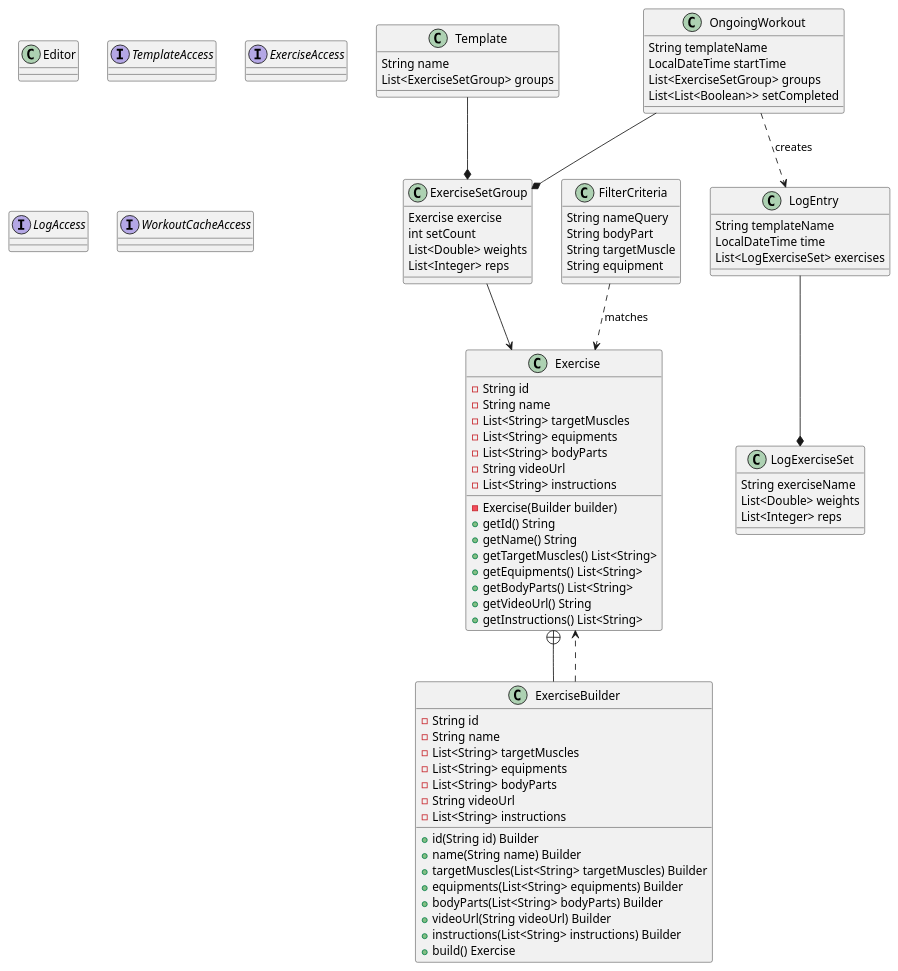
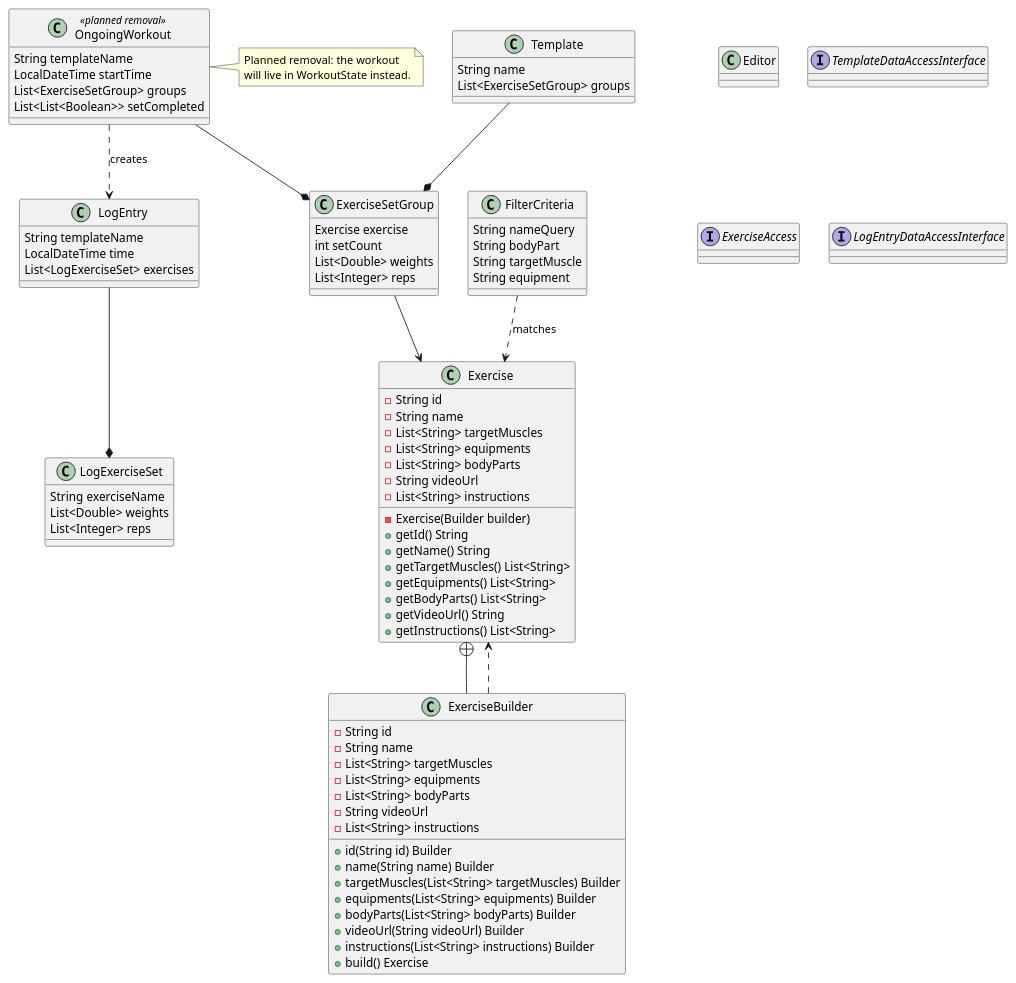
Before and after one commit to BeautifulSkyTian/CSC207-Team: the diagram in README.md, drawn with PlantUML. The commit also changed other lines of this file and 1 other file, not shown here.

Commit message:
added specification.md to change entities to better fit our business rules

````diff
--- a/README.md
+++ b/README.md
@@ -84,3 +84,6 @@
+```plantuml
+
+
 @startuml
 
 
@@ -142,11 +145,12 @@
 
 class Editor
 
-class OngoingWorkout
+class OngoingWorkout <<planned removal>>
 OngoingWorkout : String templateName
 OngoingWorkout : LocalDateTime startTime
 OngoingWorkout : List<ExerciseSetGroup> groups
 OngoingWorkout : List<List<Boolean>> setCompleted
+note right of OngoingWorkout : Planned removal: the workout\nwill live in WorkoutState instead.
 
 class LogEntry
 LogEntry : String templateName
@@ -165,10 +169,10 @@
 FilterCriteria : String equipment
 
 
-interface TemplateAccess
+interface TemplateDataAccessInterface
 interface ExerciseAccess
-interface LogAccess
-interface WorkoutCacheAccess
+interface LogEntryDataAccessInterface
 
 
 @enduml
+```
````
